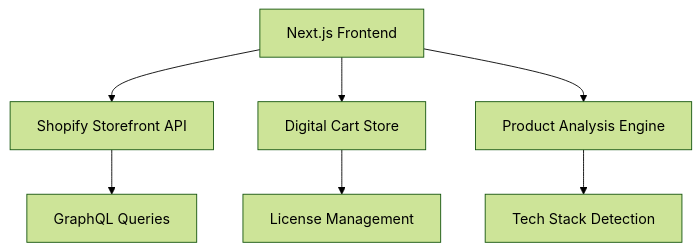
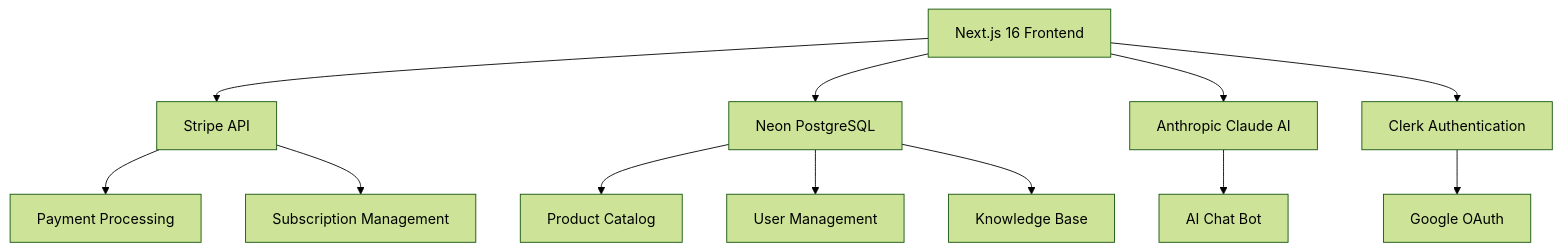
The diagram in docs/API.md (code-craka/afilo-nextjs-shopify-app), drawn with Mermaid (forest theme) before and after one commit. The commit also changed other lines of this file and 292 other files, not shown here.

First line of the commit message:
fix: Resolve Next.js 16 + Clerk v6 TypeScript compatibility issues

````diff
--- a/docs/API.md
+++ b/docs/API.md
@@ -14,9 +16,14 @@
 ```mermaid
 graph TD
-    A[Next.js Frontend] --> B[Shopify Storefront API]
-    A --> C[Digital Cart Store]
-    A --> D[Product Analysis Engine]
-    B --> E[GraphQL Queries]
-    C --> F[License Management]
-    D --> G[Tech Stack Detection]
+    A[Next.js 16 Frontend] --> B[Stripe API]
+    A --> C[Neon PostgreSQL]
+    A --> D[Anthropic Claude AI]
+    A --> E[Clerk Authentication]
+    B --> F[Payment Processing]
+    B --> G[Subscription Management]
+    C --> H[Product Catalog]
+    C --> I[User Management]
+    C --> J[Knowledge Base]
+    D --> K[AI Chat Bot]
+    E --> L[Google OAuth]
 ```
````
